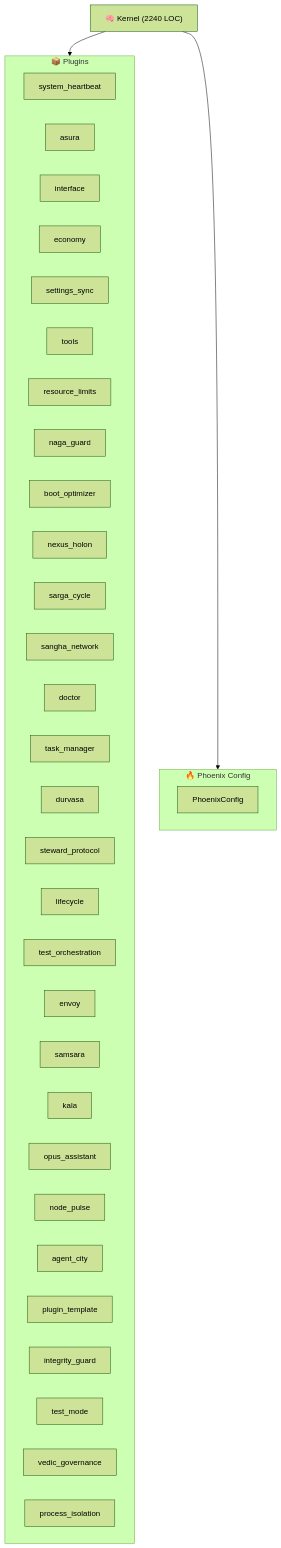
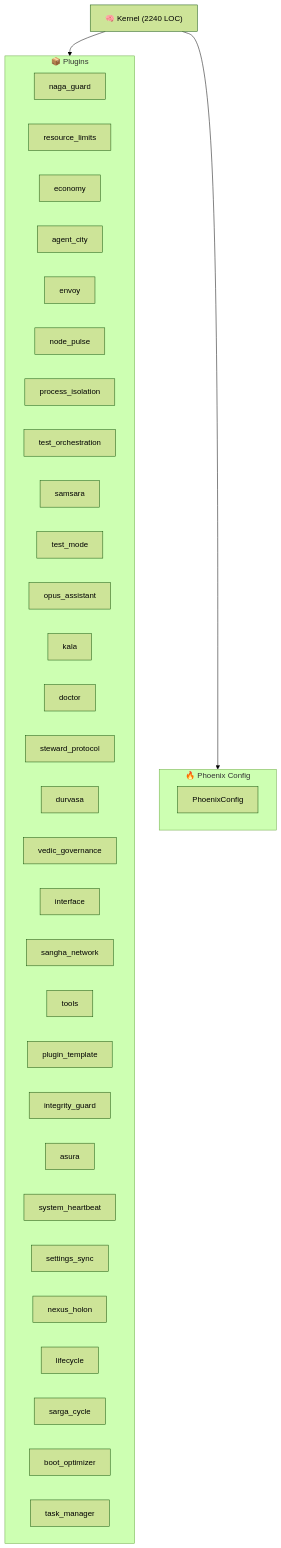
Before and after one commit to kimeisele/steward-protocol: the diagram in ARCHITECTURE.md, drawn with Mermaid (forest theme). The commit also changed other lines of this file and 12 other files, not shown here.

````diff
--- a/ARCHITECTURE.md
+++ b/ARCHITECTURE.md
@@ -8,40 +8,40 @@
 ```mermaid
 graph TB
     K["🧠 Kernel (2240 LOC)"]
     subgraph Plugins["📦 Plugins"]
-        P_system_heartbeat["system_heartbeat"]
-        P_asura["asura"]
+        P_naga_guard["naga_guard"]
+        P_resource_limits["resource_limits"]
+        P_economy["economy"]
+        P_agent_city["agent_city"]
+        P_envoy["envoy"]
+        P_node_pulse["node_pulse"]
+        P_process_isolation["process_isolation"]
+        P_test_orchestration["test_orchestration"]
+        P_samsara["samsara"]
+        P_test_mode["test_mode"]
+        P_opus_assistant["opus_assistant"]
+        P_kala["kala"]
+        P_doctor["doctor"]
+        P_steward_protocol["steward_protocol"]
+        P_durvasa["durvasa"]
+        P_vedic_governance["vedic_governance"]
         P_interface["interface"]
-        P_economy["economy"]
-        P_settings_sync["settings_sync"]
+        P_sangha_network["sangha_network"]
         P_tools["tools"]
-        P_resource_limits["resource_limits"]
-        P_naga_guard["naga_guard"]
-        P_boot_optimizer["boot_optimizer"]
-        P_nexus_holon["nexus_holon"]
-        P_sarga_cycle["sarga_cycle"]
-        P_sangha_network["sangha_network"]
-        P_doctor["doctor"]
-        P_task_manager["task_manager"]
-        P_durvasa["durvasa"]
-        P_steward_protocol["steward_protocol"]
-        P_lifecycle["lifecycle"]
-        P_test_orchestration["test_orchestration"]
-        P_envoy["envoy"]
-        P_samsara["samsara"]
-        P_kala["kala"]
-        P_opus_assistant["opus_assistant"]
-        P_node_pulse["node_pulse"]
-        P_agent_city["agent_city"]
         P_plugin_template["plugin_template"]
         P_integrity_guard["integrity_guard"]
-        P_test_mode["test_mode"]
-        P_vedic_governance["vedic_governance"]
-        P_process_isolation["process_isolation"]
+        P_asura["asura"]
+        P_system_heartbeat["system_heartbeat"]
+        P_settings_sync["settings_sync"]
+        P_nexus_holon["nexus_holon"]
+        P_lifecycle["lifecycle"]
+        P_sarga_cycle["sarga_cycle"]
+        P_boot_optimizer["boot_optimizer"]
+        P_task_manager["task_manager"]
     end
     K --> Plugins
     subgraph Config["🔥 Phoenix Config"]
         PC[PhoenixConfig]
     end
     K --> Config
 ```
````
